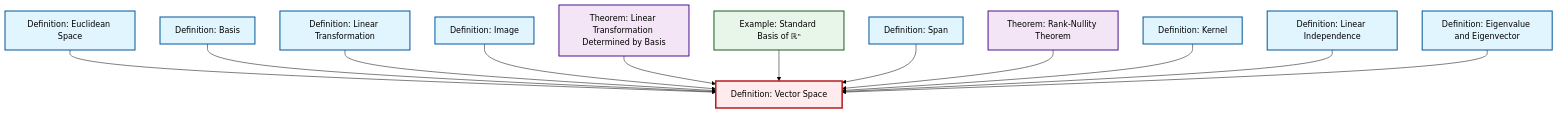
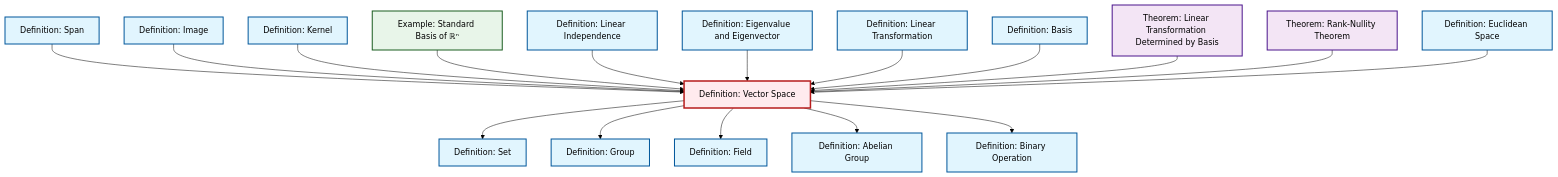
The diagram in content/en/algebra/def-vector-space.qmd (RK0429/ModernMath), drawn with Mermaid (forest theme) before and after one commit. The commit also changed 474 other files, not shown here.

````diff
--- a/content/en/algebra/def-vector-space.qmd
+++ b/content/en/algebra/def-vector-space.qmd
@@ -51,44 +51,59 @@
 ```{mermaid}
 %%| fig-cap: "Local dependency graph"
 graph TD
     classDef definition fill:#e1f5fe,stroke:#01579b,stroke-width:2px
     classDef theorem fill:#f3e5f5,stroke:#4a148c,stroke-width:2px
     classDef axiom fill:#fff3e0,stroke:#e65100,stroke-width:2px
     classDef example fill:#e8f5e9,stroke:#1b5e20,stroke-width:2px
     classDef current fill:#ffebee,stroke:#b71c1c,stroke-width:3px
+    def-linear-independence["Definition: Linear Independence"]:::definition
+    def-field["Definition: Field"]:::definition
+    def-abelian-group["Definition: Abelian Group"]:::definition
+    def-image["Definition: Image"]:::definition
+    def-set["Definition: Set"]:::definition
+    def-eigenvalue-eigenvector["Definition: Eigenvalue and Eigenvector"]:::definition
+    def-linear-transformation["Definition: Linear Transformation"]:::definition
     thm-linear-transformation-basis["Theorem: Linear Transformation Determined by Basis"]:::theorem
-    def-linear-transformation["Definition: Linear Transformation"]:::definition
-    def-linear-independence["Definition: Linear Independence"]:::definition
-    def-basis["Definition: Basis"]:::definition
+    def-vector-space["Definition: Vector Space"]:::definition
     def-euclidean-space["Definition: Euclidean Space"]:::definition
     def-kernel["Definition: Kernel"]:::definition
+    def-basis["Definition: Basis"]:::definition
     ex-standard-basis-rn["Example: Standard Basis of ℝⁿ"]:::example
     def-span["Definition: Span"]:::definition
-    def-image["Definition: Image"]:::definition
-    def-eigenvalue-eigenvector["Definition: Eigenvalue and Eigenvector"]:::definition
     thm-rank-nullity["Theorem: Rank-Nullity Theorem"]:::theorem
-    def-vector-space["Definition: Vector Space"]:::definition
-    def-euclidean-space --> def-vector-space
-    def-basis --> def-vector-space
-    def-linear-transformation --> def-vector-space
+    def-group["Definition: Group"]:::definition
+    def-binary-operation["Definition: Binary Operation"]:::definition
+    def-span --> def-vector-space
+    def-vector-space --> def-set
     def-image --> def-vector-space
-    thm-linear-transformation-basis --> def-vector-space
+    def-kernel --> def-vector-space
     ex-standard-basis-rn --> def-vector-space
-    def-span --> def-vector-space
-    thm-rank-nullity --> def-vector-space
-    def-kernel --> def-vector-space
     def-linear-independence --> def-vector-space
     def-eigenvalue-eigenvector --> def-vector-space
+    def-linear-transformation --> def-vector-space
+    def-vector-space --> def-group
+    def-basis --> def-vector-space
+    def-vector-space --> def-field
+    thm-linear-transformation-basis --> def-vector-space
+    thm-rank-nullity --> def-vector-space
+    def-euclidean-space --> def-vector-space
+    def-vector-space --> def-abelian-group
+    def-vector-space --> def-binary-operation
     class def-vector-space current
+    click def-linear-independence "def-linear-independence.html" "Go to Linear Independence definition"
+    click def-field "def-field.html" "Go to Field definition"
+    click def-abelian-group "def-abelian-group.html" "Go to Abelian Group definition"
+    click def-image "def-image.html" "Go to Image definition"
+    click def-set "def-set.html" "Go to Set definition"
+    click def-eigenvalue-eigenvector "def-eigenvalue-eigenvector.html" "Go to Eigenvalue and Eigenvector definition"
+    click def-linear-transformation "def-linear-transformation.html" "Go to Linear Transformation definition"
     click thm-linear-transformation-basis "thm-linear-transformation-basis.html" "Go to Linear Transformation Determined by Basis theorem"
-    click def-linear-transformation "def-linear-transformation.html" "Go to Linear Transformation definition"
-    click def-linear-independence "def-linear-independence.html" "Go to Linear Independence definition"
-    click def-basis "def-basis.html" "Go to Basis definition"
     click def-euclidean-space "def-euclidean-space.html" "Go to Euclidean Space definition"
     click def-kernel "def-kernel.html" "Go to Kernel definition"
+    click def-basis "def-basis.html" "Go to Basis definition"
     click ex-standard-basis-rn "ex-standard-basis-rn.html" "Go to Standard Basis of ℝⁿ example"
     click def-span "def-span.html" "Go to Span definition"
-    click def-image "def-image.html" "Go to Image definition"
-    click def-eigenvalue-eigenvector "def-eigenvalue-eigenvector.html" "Go to Eigenvalue and Eigenvector definition"
     click thm-rank-nullity "thm-rank-nullity.html" "Go to Rank-Nullity Theorem theorem"
+    click def-group "def-group.html" "Go to Group definition"
+    click def-binary-operation "def-binary-operation.html" "Go to Binary Operation definition"
 ```
````
